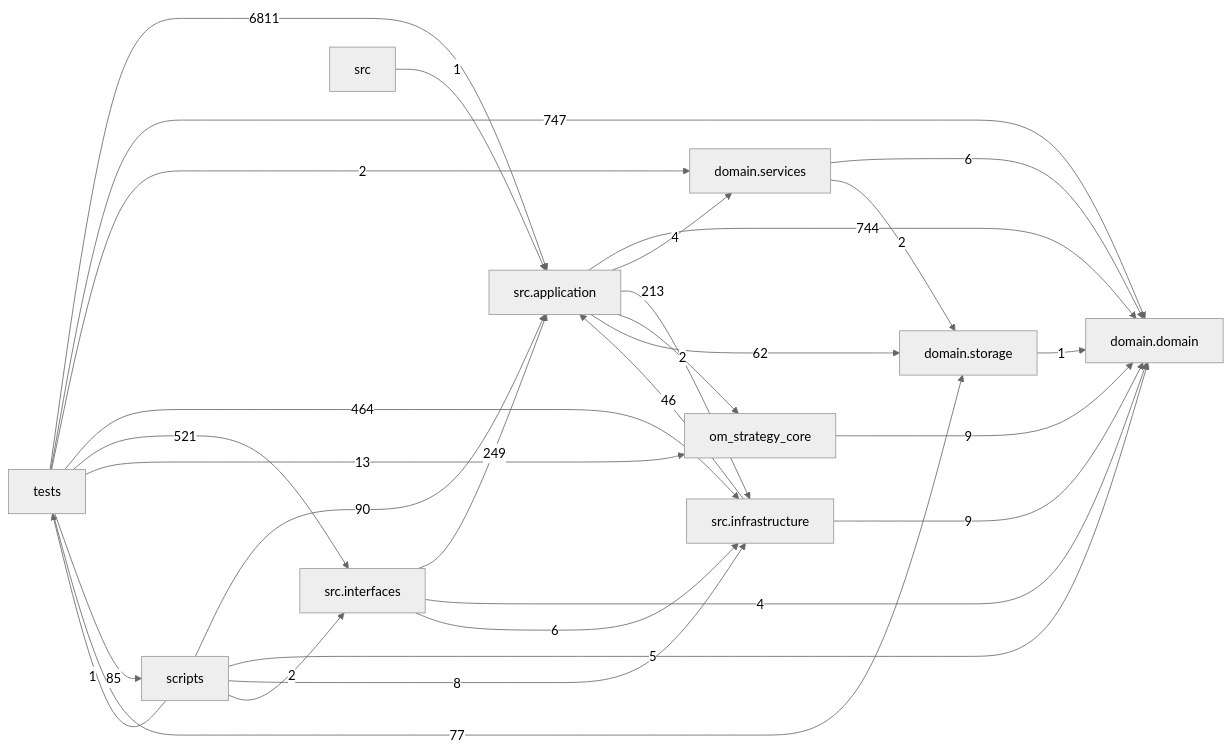
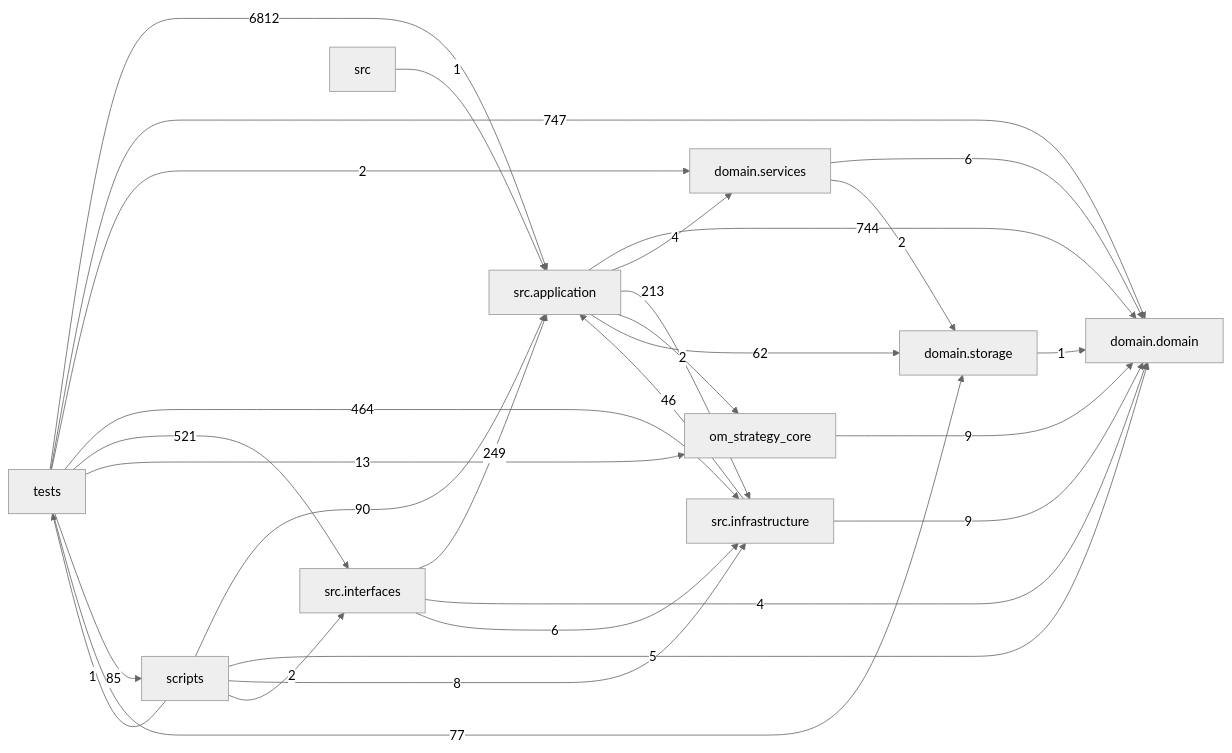
The diagram in docs/DEPENDENCY_GRAPH.md (liuxie066/options-monitor), drawn with Mermaid (neutral theme) before and after one commit. The commit also changed other lines of this file and 2 other files, not shown here.

````diff
--- a/docs/DEPENDENCY_GRAPH.md
+++ b/docs/DEPENDENCY_GRAPH.md
@@ -24,39 +24,39 @@
 ```mermaid
 flowchart LR
   tests["tests"]
   scripts["scripts"]
   interfaces["src.interfaces"]
   application["src.application"]
   infrastructure["src.infrastructure"]
   domain_services["domain.services"]
   domain["domain.domain"]
   storage["domain.storage"]
   application -->|744| domain
   application -->|4| domain_services
   application -->|213| infrastructure
   application -->|2| om_strategy_core
   application -->|62| storage
   domain_services -->|6| domain
   domain_services -->|2| storage
   infrastructure -->|46| application
   infrastructure -->|9| domain
   interfaces -->|249| application
   interfaces -->|4| domain
   interfaces -->|6| infrastructure
   om_strategy_core -->|9| domain
   scripts -->|90| application
   scripts -->|5| domain
   scripts -->|8| infrastructure
   scripts -->|2| interfaces
   scripts -->|1| tests
   src -->|1| application
   storage -->|1| domain
-  tests -->|6811| application
+  tests -->|6812| application
   tests -->|747| domain
   tests -->|2| domain_services
   tests -->|464| infrastructure
   tests -->|521| interfaces
   tests -->|13| om_strategy_core
   tests -->|85| scripts
   tests -->|77| storage
 ```
````
